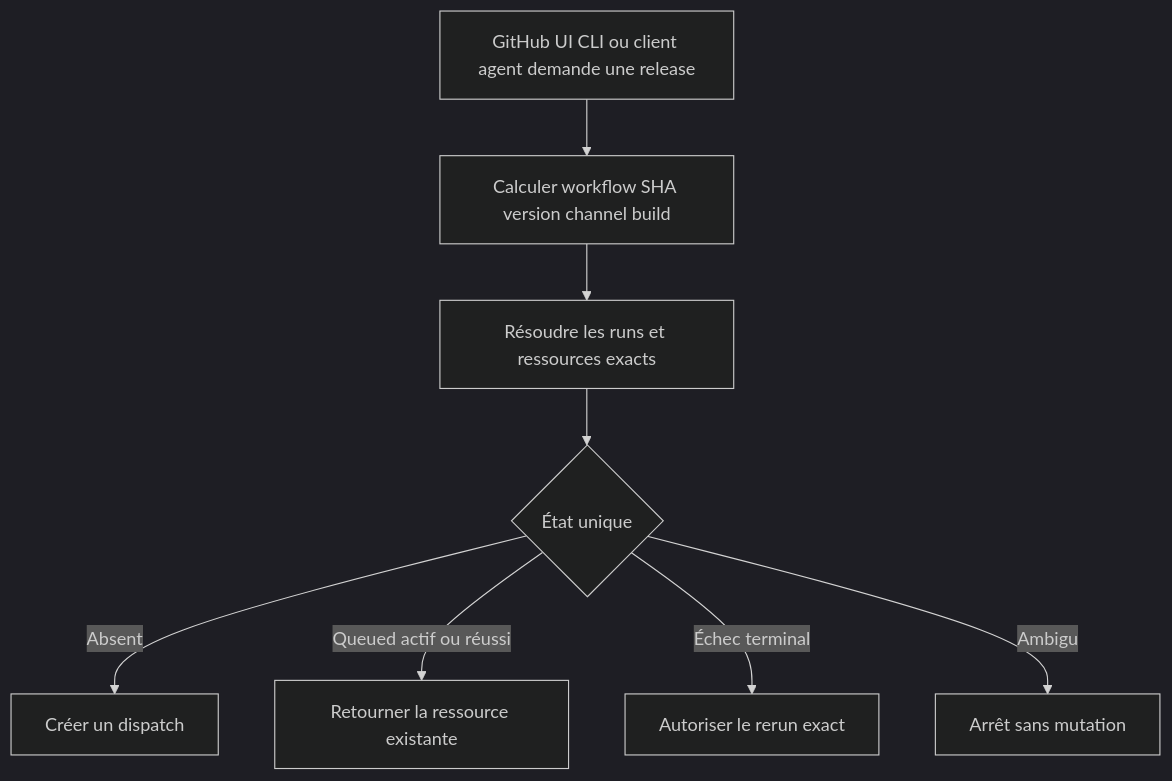
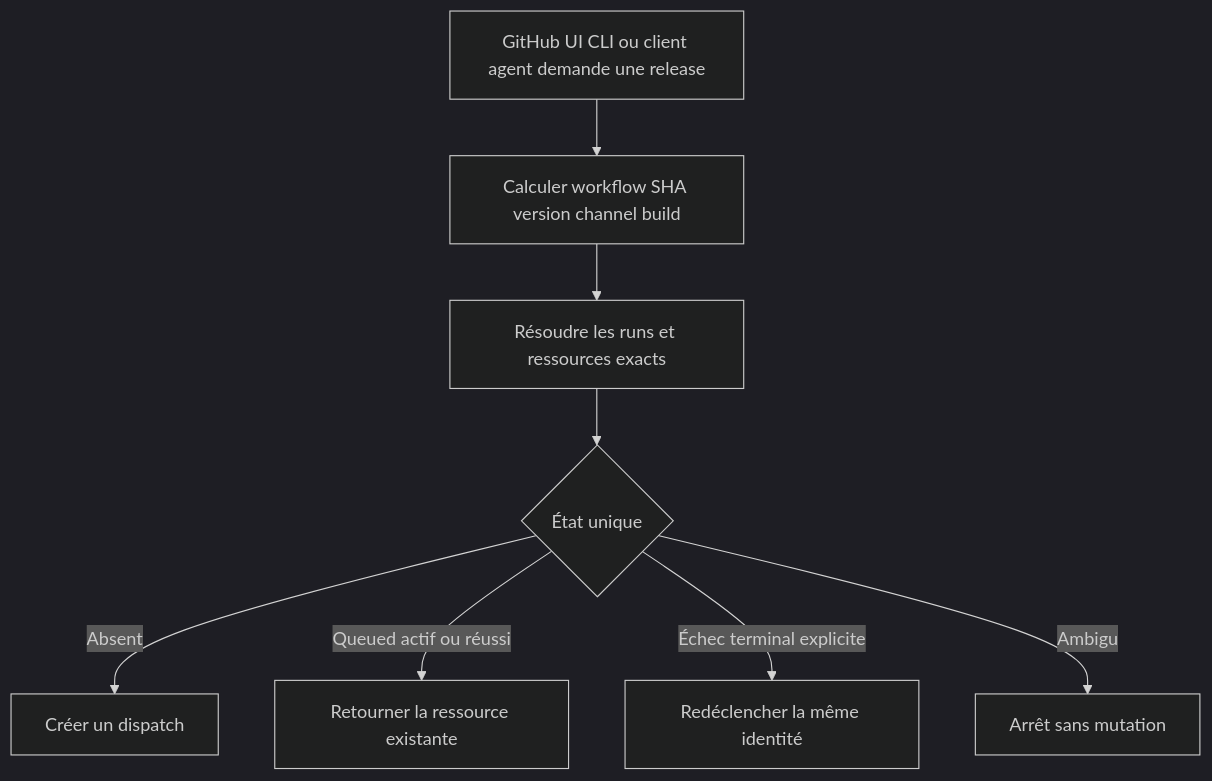
One commit to neogenz/pulpe changed the first of 2 diagrams in aidd_docs/tasks/2026_08/2026_08_22_ci_release_reliability/phase-3.md. Above: the diagram before and after it, drawn with Mermaid (dark theme). The commit also changed 2 other files, not shown here.

Commit message:
docs: align release clients with retry contract (#711)

````diff
--- a/aidd_docs/tasks/2026_08/2026_08_22_ci_release_reliability/phase-3.md
+++ b/aidd_docs/tasks/2026_08/2026_08_22_ci_release_reliability/phase-3.md
@@ -32,10 +32,10 @@
 ```mermaid
 flowchart TD
   A[GitHub UI CLI ou client agent demande une release] --> B[Calculer workflow SHA version channel build]
   B --> C[Résoudre les runs et ressources exacts]
   C --> D{État unique}
   D -->|Absent| E[Créer un dispatch]
   D -->|Queued actif ou réussi| F[Retourner la ressource existante]
-  D -->|Échec terminal| G[Autoriser le rerun exact]
+  D -->|Échec terminal explicite| G[Redéclencher la même identité]
   D -->|Ambigu| H[Arrêt sans mutation]
 ```
````
